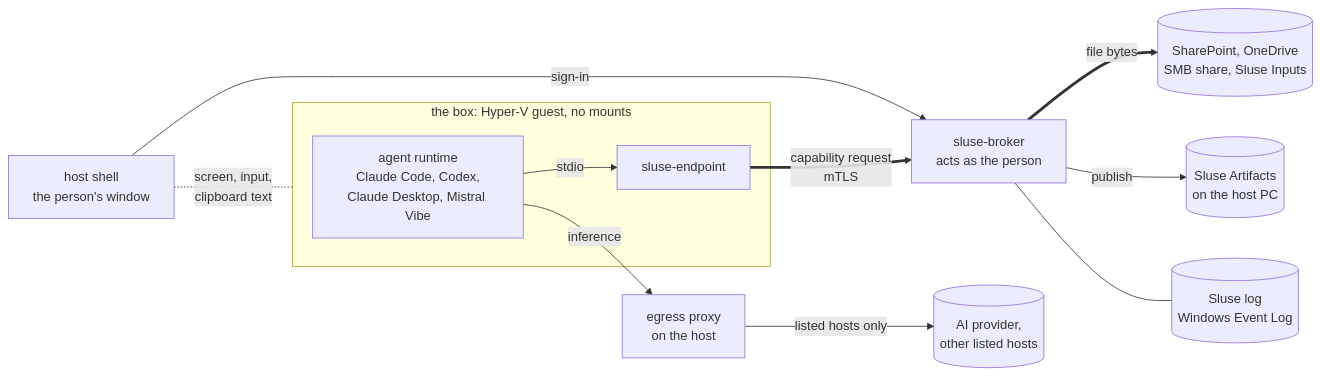
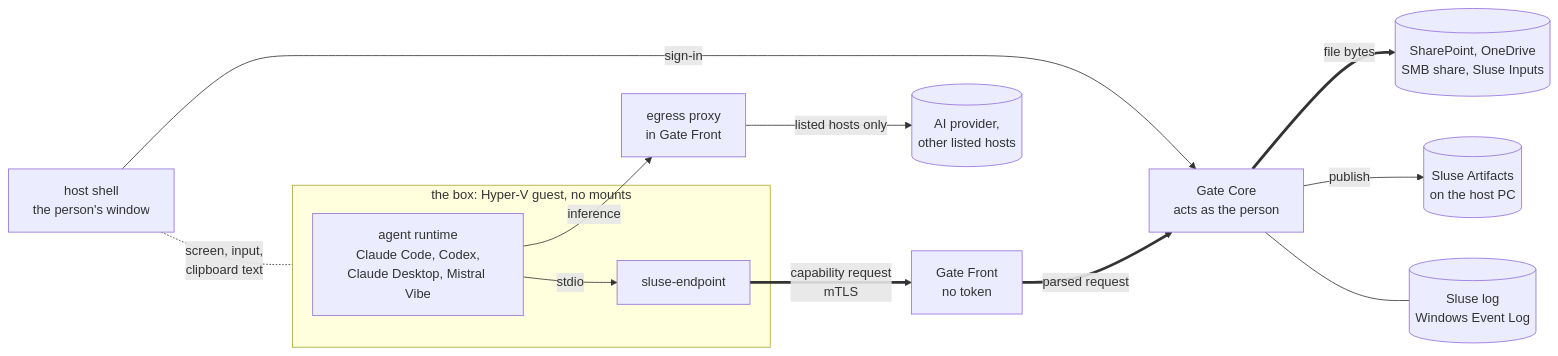
The diagram in README.md (Git-SerenIT/Sluse), drawn with Mermaid before and after one commit. The commit also changed other lines of this file and 144 other files, not shown here.

First line of the commit message:
Sluse Gate: the broker split into Gate Front (one per box, LocalService, no token: the box's TLS, request parsing, the egress proxy) and Gate Core (SYSTEM: tokens, sources, records); rmcp 3.7; 0.1.2

````diff
--- a/README.md
+++ b/README.md
@@ -46,14 +46,15 @@
 ```mermaid
 flowchart LR
     subgraph BOX["the box: Hyper-V guest, no mounts"]
         A["agent runtime<br/>Claude Code, Codex,<br/>Claude Desktop, Mistral Vibe"] -->|"stdio"| E["sluse-endpoint"]
     end
     SH["host shell<br/>the person's window"] -. "screen, input,<br/>clipboard text" .- BOX
     SH -->|"sign-in"| B
-    E ==>|"capability request<br/>mTLS"| B["sluse-broker<br/>acts as the person"]
+    E ==>|"capability request<br/>mTLS"| F["Gate Front<br/>no token"]
+    F ==>|"parsed request"| B["Gate Core<br/>acts as the person"]
     B ==>|"file bytes"| S[("SharePoint, OneDrive<br/>SMB share, Sluse Inputs")]
     B -->|"publish"| D[("Sluse Artifacts<br/>on the host PC")]
     B --- L[("Sluse log<br/>Windows Event Log")]
-    A -->|"inference"| P["egress proxy<br/>on the host"]
+    A -->|"inference"| P["egress proxy<br/>in Gate Front"]
     P -->|"listed hosts only"| M[("AI provider,<br/>other listed hosts")]
 ```
````
